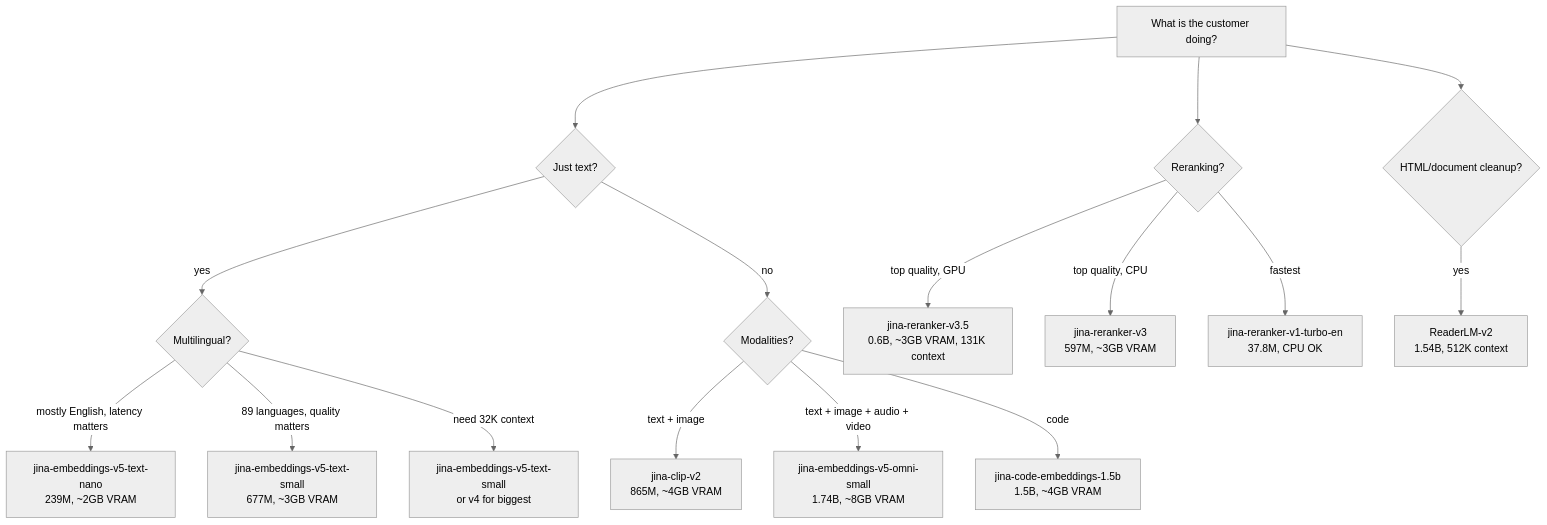
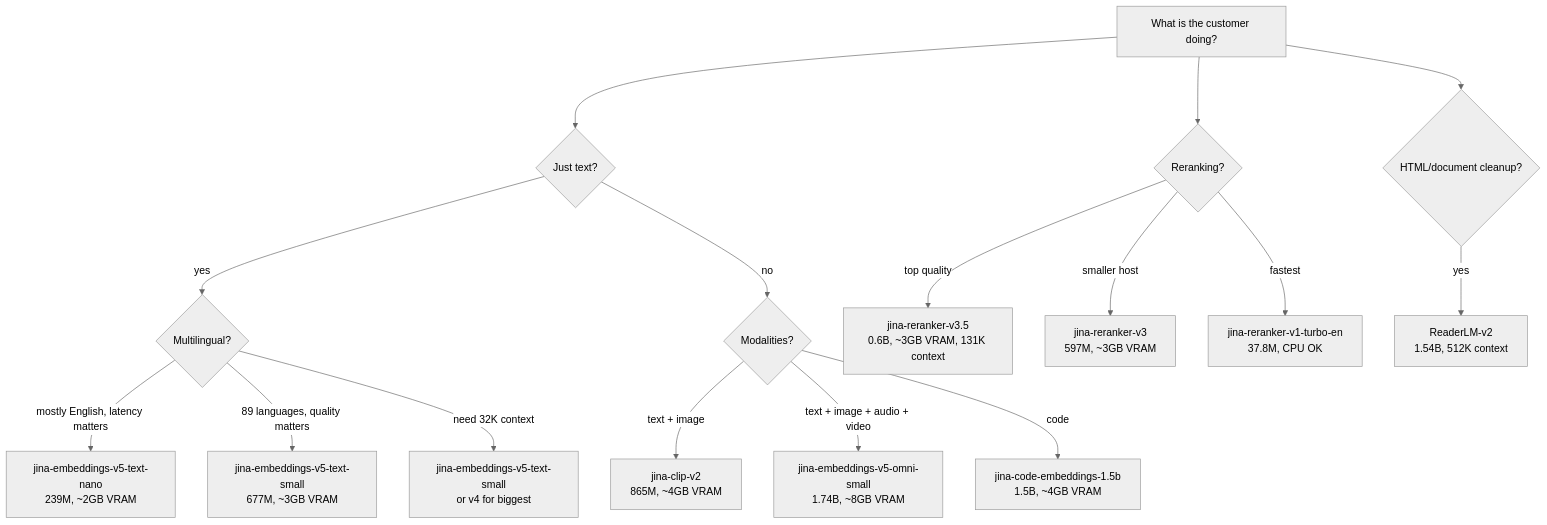
Before and after one commit to jina-ai/jina-airgap: the first of 2 diagrams in docs/Picking-A-Model.md, drawn with Mermaid (neutral theme). The commit also changed other lines of this file and 6 other files, not shown here.

````diff
--- a/docs/Picking-A-Model.md
+++ b/docs/Picking-A-Model.md
@@ -3,30 +3,30 @@
 ```mermaid
 flowchart TD
     A[What is the customer doing?] --> B{Just text?}
     B -- yes --> C{Multilingual?}
     B -- no --> D{Modalities?}
     C -- mostly English, latency matters --> M1[jina-embeddings-v5-text-nano
 239M, ~2GB VRAM]
     C -- 89 languages, quality matters --> M2[jina-embeddings-v5-text-small
 677M, ~3GB VRAM]
     C -- need 32K context --> M3[jina-embeddings-v5-text-small
 or v4 for biggest]
     D -- text + image --> M4[jina-clip-v2
 865M, ~4GB VRAM]
     D -- text + image + audio + video --> M5[jina-embeddings-v5-omni-small
 1.74B, ~8GB VRAM]
     D -- code --> M6[jina-code-embeddings-1.5b
 1.5B, ~4GB VRAM]
 
     A --> E{Reranking?}
-    E -- top quality, GPU --> R1[jina-reranker-v3.5
+    E -- top quality --> R1[jina-reranker-v3.5
 0.6B, ~3GB VRAM, 131K context]
-    E -- top quality, CPU --> R3[jina-reranker-v3
+    E -- smaller host --> R3[jina-reranker-v3
 597M, ~3GB VRAM]
     E -- fastest --> R2[jina-reranker-v1-turbo-en
 37.8M, CPU OK]
 
     A --> F{HTML/document cleanup?}
     F -- yes --> RD1[ReaderLM-v2
 1.54B, 512K context]
 ```
````
